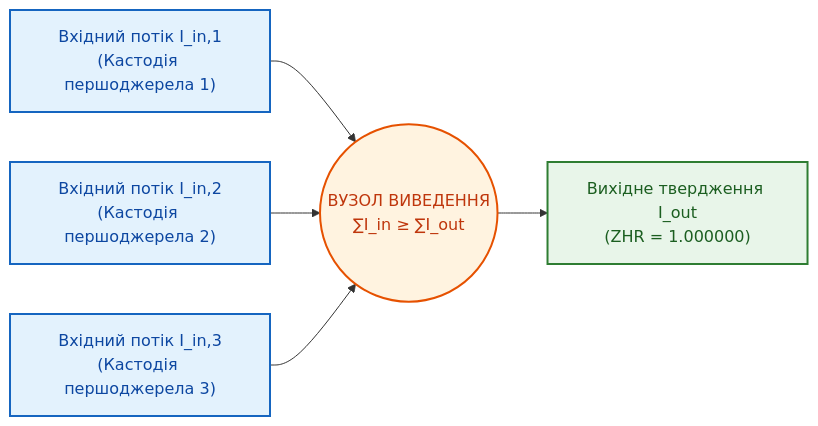
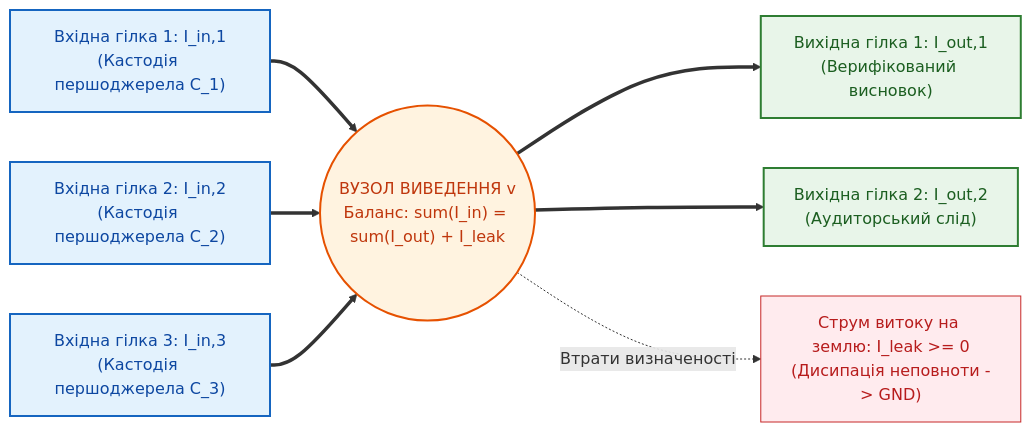
One commit to nick-fedchik/articles changed the first of 2 diagrams in Epistemic_Circuit_Theory/ch03-fedchyk-conservation-laws.md. Above: the diagram before and after it, drawn with Mermaid. The commit also changed other lines of this file and 7 other files, not shown here.

````diff
--- a/Epistemic_Circuit_Theory/ch03-fedchyk-conservation-laws.md
+++ b/Epistemic_Circuit_Theory/ch03-fedchyk-conservation-laws.md
@@ -26,24 +45,32 @@
 ```mermaid
 flowchart LR
-    accTitle: Перший закон Федчика про баланс струмів доказовості у вузлі
-    accDescr: Три вхідні потоки верифікованої кастодії сходяться у вузлі виведення, формуючи консервативний вихідний потік тверджень без генерації фіктивних фактів.
+    accTitle: Рисунок 3.1. Топологічний баланс струмів доказовості у вузлі за першим законом Федчика
+    accDescr: Три вхідні потоки кастодії сходяться у вузлі виведення, де частина потоку втрачається через струм витоку на землю I_leak, а решта утворює консервативний вихідний струм I_out без генерації фіктивних фактів.
 
-    In1["Вхідний потік I_in,1\n(Кастодія першоджерела 1)"]
-    In2["Вхідний потік I_in,2\n(Кастодія першоджерела 2)"]
-    In3["Вхідний потік I_in,3\n(Кастодія першоджерела 3)"]
-    Node(("ВУЗОЛ ВИВЕДЕННЯ\n∑I_in ≥ ∑I_out"))
-    Out["Вихідне твердження I_out\n(ZHR = 1.000000)"]
+    In1["Вхідна гілка 1: I_in,1\n(Кастодія першоджерела C_1)"]
+    In2["Вхідна гілка 2: I_in,2\n(Кастодія першоджерела C_2)"]
+    In3["Вхідна гілка 3: I_in,3\n(Кастодія першоджерела C_3)"]
 
-    In1 --> Node
-    In2 --> Node
-    In3 --> Node
-    Node --> Out
+    Node(("ВУЗОЛ ВИВЕДЕННЯ v\nБаланс: sum(I_in) = sum(I_out) + I_leak"))
+
+    Out1["Вихідна гілка 1: I_out,1\n(Верифікований висновок)"]
+    Out2["Вихідна гілка 2: I_out,2\n(Аудиторський слід)"]
+    Leak["Струм витоку на землю: I_leak >= 0\n(Дисипація неповноти -> GND)"]
+
+    In1 ==> Node
+    In2 ==> Node
+    In3 ==> Node
+    Node ==> Out1
+    Node ==> Out2
+    Node -.->|"Втрати визначеності"| Leak
 
     classDef inStyle fill:#e3f2fd,stroke:#1565c0,stroke-width:2px,color:#0d47a1;
     classDef nodeStyle fill:#fff3e0,stroke:#e65100,stroke-width:2px,color:#bf360c;
     classDef outStyle fill:#e8f5e9,stroke:#2e7d32,stroke-width:2px,color:#1b5e20;
+    classDef leakStyle fill:#ffebee,stroke:#c62828,stroke-width:1px,color:#b71c1c;
 
     class In1,In2,In3 inStyle;
     class Node nodeStyle;
-    class Out outStyle;
+    class Out1,Out2 outStyle;
+    class Leak leakStyle;
 ```
````
